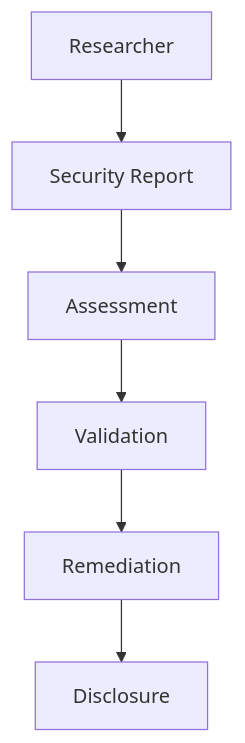
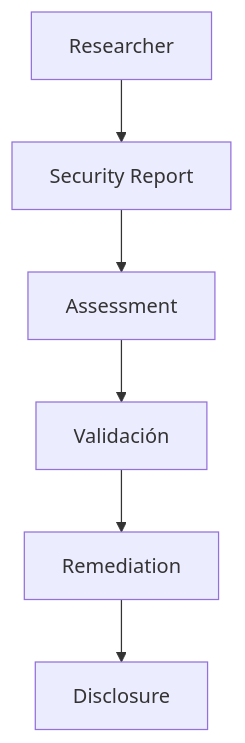
The diagram in es/legal/responsible-disclosure.mdx (enigm-llc/docs), drawn with Mermaid before and after one commit. The commit also changed other lines of this file and 43 other files, not shown here.

````diff
--- a/es/legal/responsible-disclosure.mdx
+++ b/es/legal/responsible-disclosure.mdx
@@ -38,11 +38,11 @@
 ```mermaid
 flowchart TD
   Researcher["Researcher"]
   Report["Security Report"]
   Assessment["Assessment"]
-  Validation["Validation"]
+  Validation["Validación"]
   Remediation["Remediation"]
   Disclosure["Disclosure"]
 
   Researcher --> Report --> Assessment --> Validation --> Remediation --> Disclosure
 ```
````
